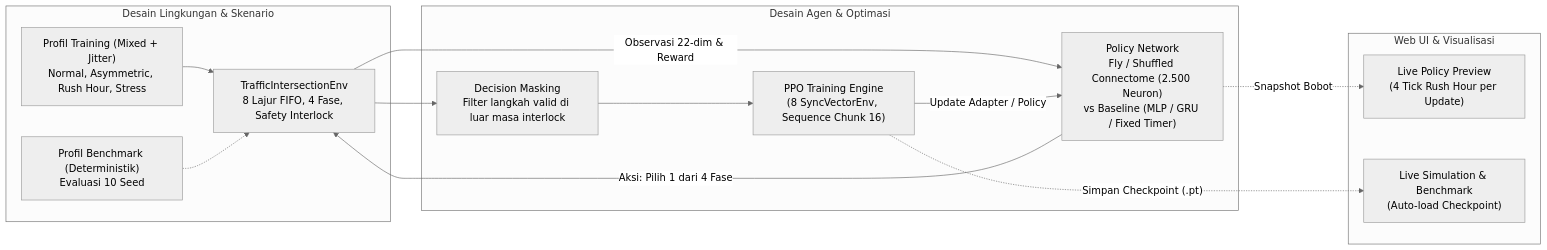
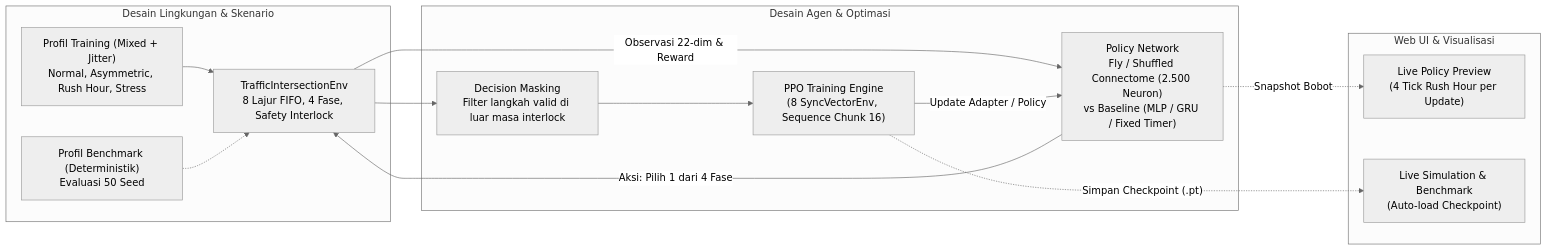
Before and after one commit to Fahmialfayadh/fly-connectome-traffic-rl: the first of 3 diagrams in docs/TRAINING_AND_EPISODE_GUIDE.md, drawn with Mermaid (neutral theme). The commit also changed other lines of this file and 13 other files, not shown here.

````diff
--- a/docs/TRAINING_AND_EPISODE_GUIDE.md
+++ b/docs/TRAINING_AND_EPISODE_GUIDE.md
@@ -11,28 +11,28 @@
 ```mermaid
 flowchart LR
     subgraph EnvDesign ["Desain Lingkungan & Skenario"]
         P1["Profil Training (Mixed + Jitter)<br/>Normal, Asymmetric, Rush Hour, Stress"]
-        P2["Profil Benchmark (Deterministik)<br/>Evaluasi 10 Seed"]
+        P2["Profil Benchmark (Deterministik)<br/>Evaluasi 50 Seed"]
         ENV["TrafficIntersectionEnv<br/>8 Lajur FIFO, 4 Fase, Safety Interlock"]
         P1 --> ENV
         P2 -.-> ENV
     end
 
     subgraph AgentDesign ["Desain Agen & Optimasi"]
         AG["Policy Network<br/>Fly / Shuffled Connectome (2.500 Neuron)<br/>vs Baseline (MLP / GRU / Fixed Timer)"]
         MASK["Decision Masking<br/>Filter langkah valid di luar masa interlock"]
         PPO["PPO Training Engine<br/>(8 SyncVectorEnv, Sequence Chunk 16)"]
         ENV -->|"Observasi 22-dim & Reward"| AG
         AG -->|"Aksi: Pilih 1 dari 4 Fase"| ENV
         ENV --> MASK
         MASK --> PPO
         PPO -->|"Update Adapter / Policy"| AG
     end
 
     subgraph WebUI ["Web UI & Visualisasi"]
         PREV["Live Policy Preview<br/>(4 Tick Rush Hour per Update)"]
         LIVE["Live Simulation & Benchmark<br/>(Auto-load Checkpoint)"]
         AG -.->|"Snapshot Bobot"| PREV
         PPO -.->|"Simpan Checkpoint (.pt)"| LIVE
     end
 ```
````
